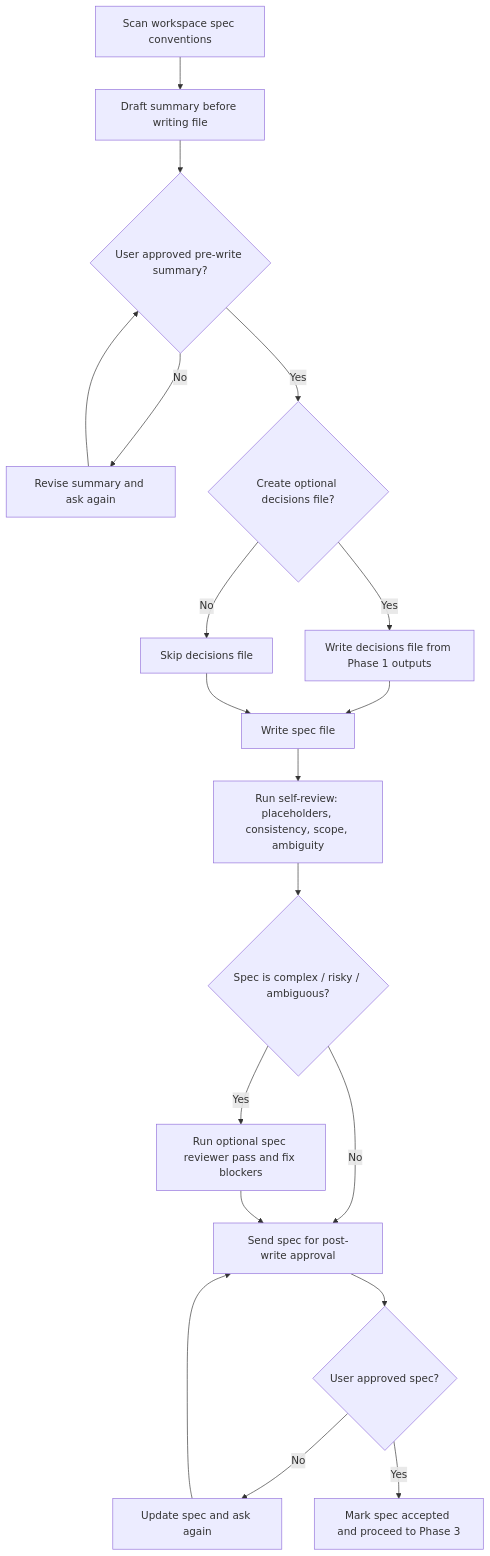
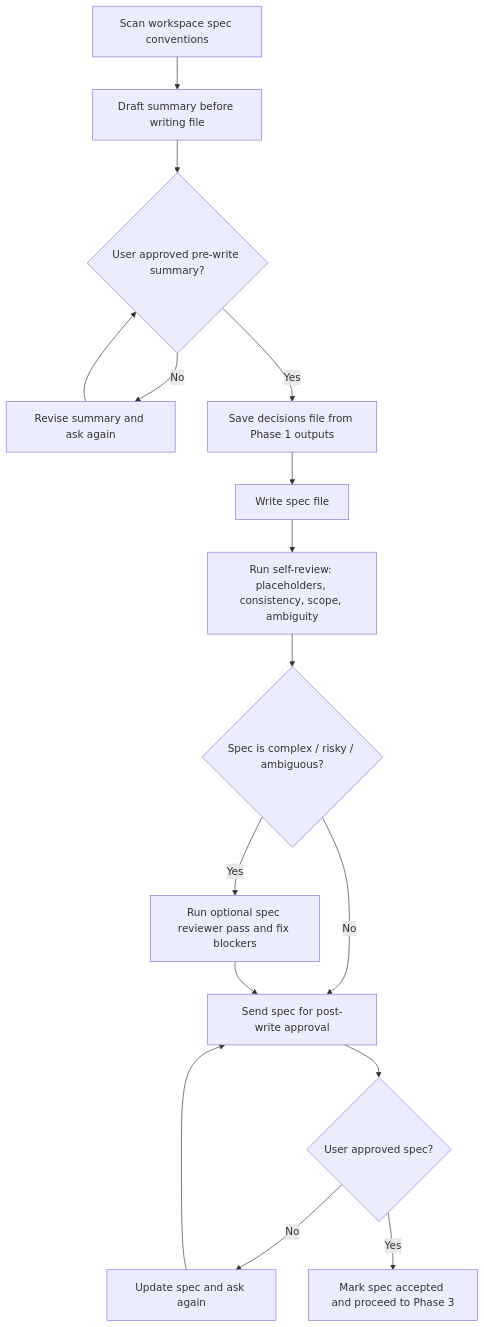
The fourth of 11 diagrams in super-planning/docs/AGENT-DECISION-FLOW.md (gugacarbo/agents-skills), drawn with Mermaid before and after one commit. The commit also changed other lines of this file and 41 other files, not shown here.

````diff
--- a/super-planning/docs/AGENT-DECISION-FLOW.md
+++ b/super-planning/docs/AGENT-DECISION-FLOW.md
@@ -80,21 +80,18 @@
 ```mermaid
 flowchart TD
     A["Scan workspace spec conventions"] --> B["Draft summary before writing file"]
     B --> C{"User approved pre-write summary?"}
     C -->|No| D["Revise summary and ask again"]
     D --> C
-    C -->|Yes| E{"Create optional decisions file?"}
-    E -->|Yes| F["Write decisions file from Phase 1 outputs"]
-    E -->|No| G["Skip decisions file"]
+    C -->|Yes| F["Save decisions file from Phase 1 outputs"]
     F --> H["Write spec file"]
-    G --> H
     H --> I["Run self-review: placeholders, consistency, scope, ambiguity"]
     I --> J{"Spec is complex / risky / ambiguous?"}
     J -->|Yes| K["Run optional spec reviewer pass and fix blockers"]
     J -->|No| L["Send spec for post-write approval"]
     K --> L
     L --> M{"User approved spec?"}
     M -->|No| N["Update spec and ask again"]
     N --> L
     M -->|Yes| O["Mark spec accepted and proceed to Phase 3"]
 ```
````
